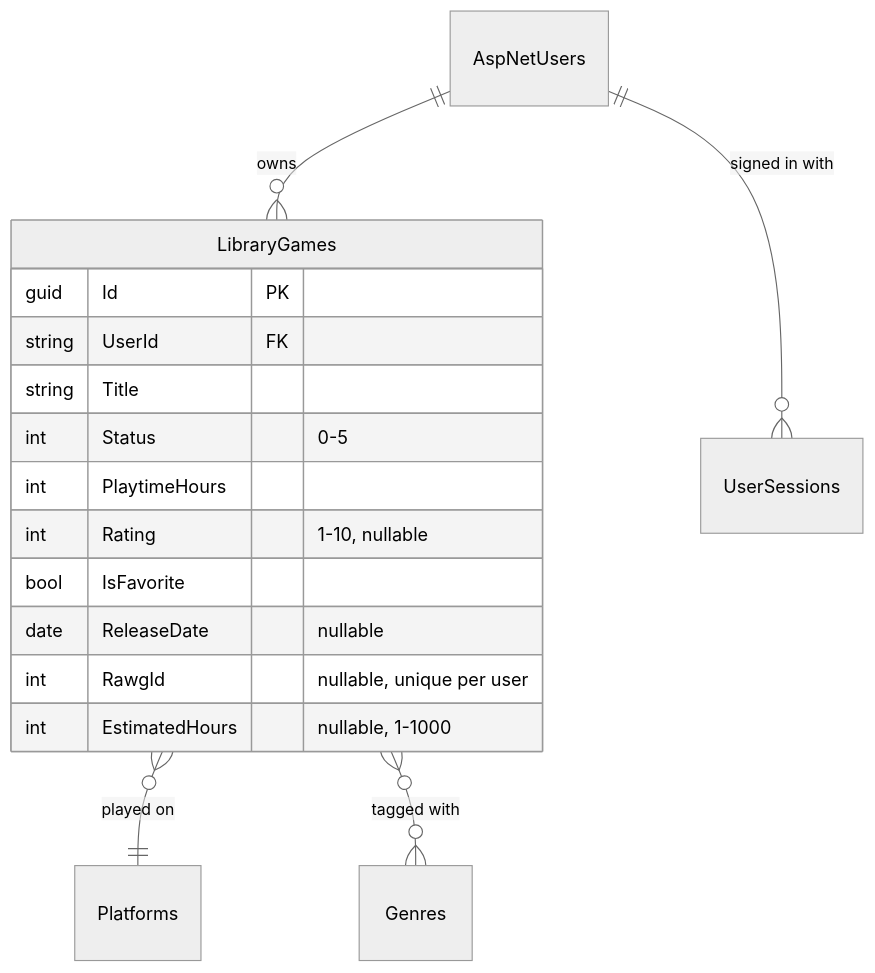
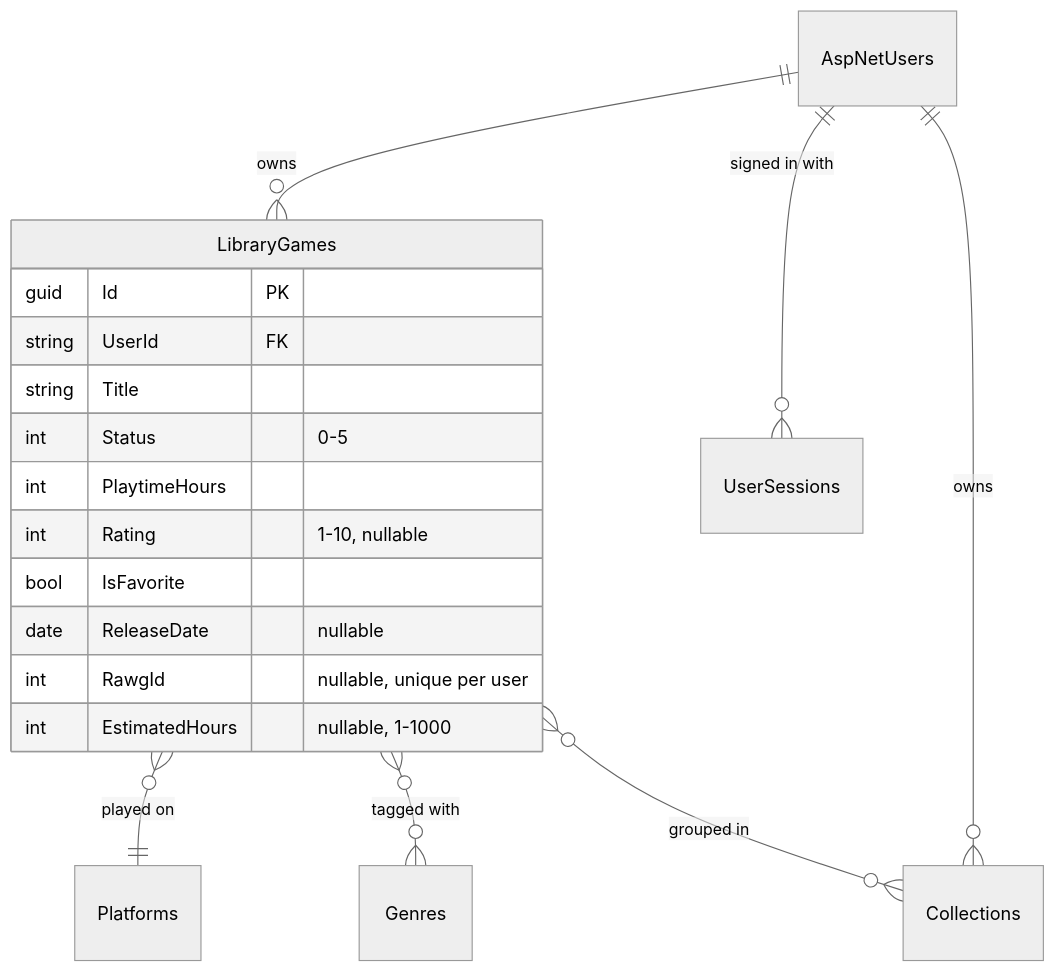
One commit to MertDas24/GameVault changed the second of 2 diagrams in README.md. Above: the diagram before and after it, drawn with Mermaid (neutral theme). The commit also changed other lines of this file and 35 other files, not shown here.

First line of the commit message:
feat: add personal collections for grouping games

````diff
--- a/README.md
+++ b/README.md
@@ -140,20 +141,22 @@
 ```mermaid
 erDiagram
     AspNetUsers ||--o{ LibraryGames : owns
     AspNetUsers ||--o{ UserSessions : "signed in with"
     LibraryGames }o--|| Platforms : "played on"
     LibraryGames }o--o{ Genres : "tagged with"
+    AspNetUsers ||--o{ Collections : owns
+    LibraryGames }o--o{ Collections : "grouped in"
 
     LibraryGames {
         guid Id PK
         string UserId FK
         string Title
         int Status "0-5"
         int PlaytimeHours
         int Rating "1-10, nullable"
         bool IsFavorite
         date ReleaseDate "nullable"
         int RawgId "nullable, unique per user"
         int EstimatedHours "nullable, 1-1000"
     }
 ```
````
